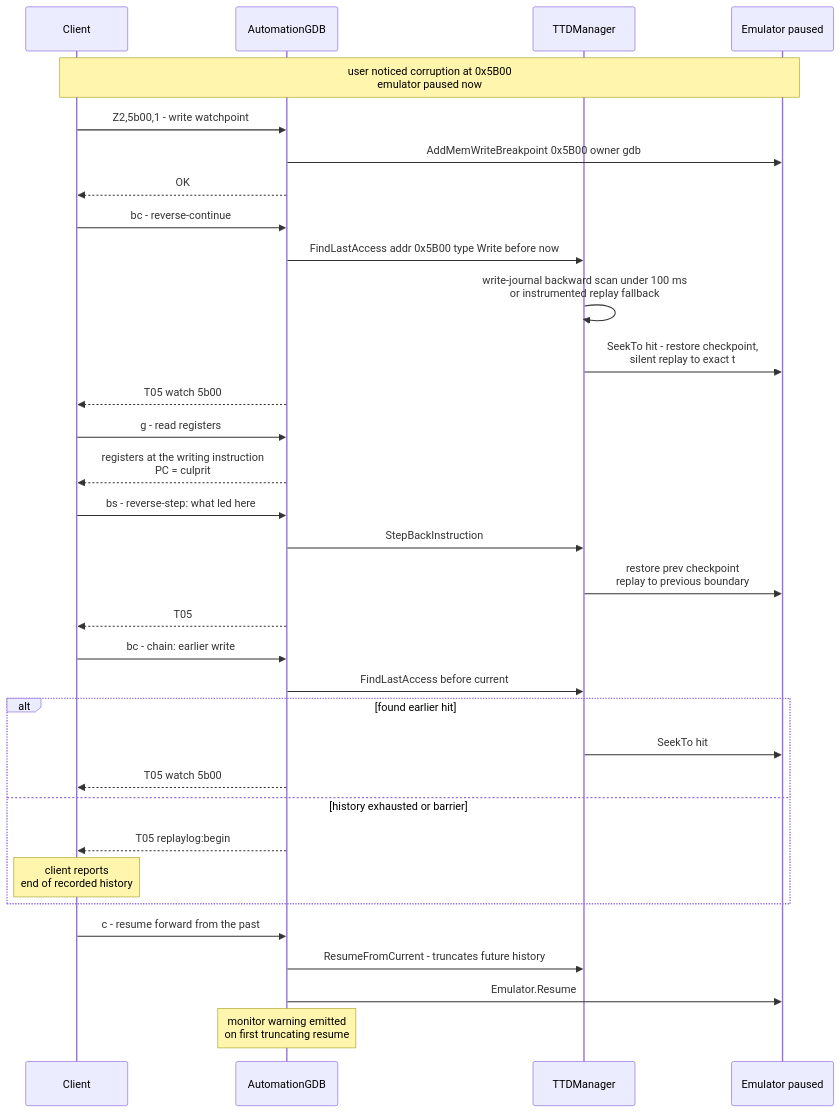
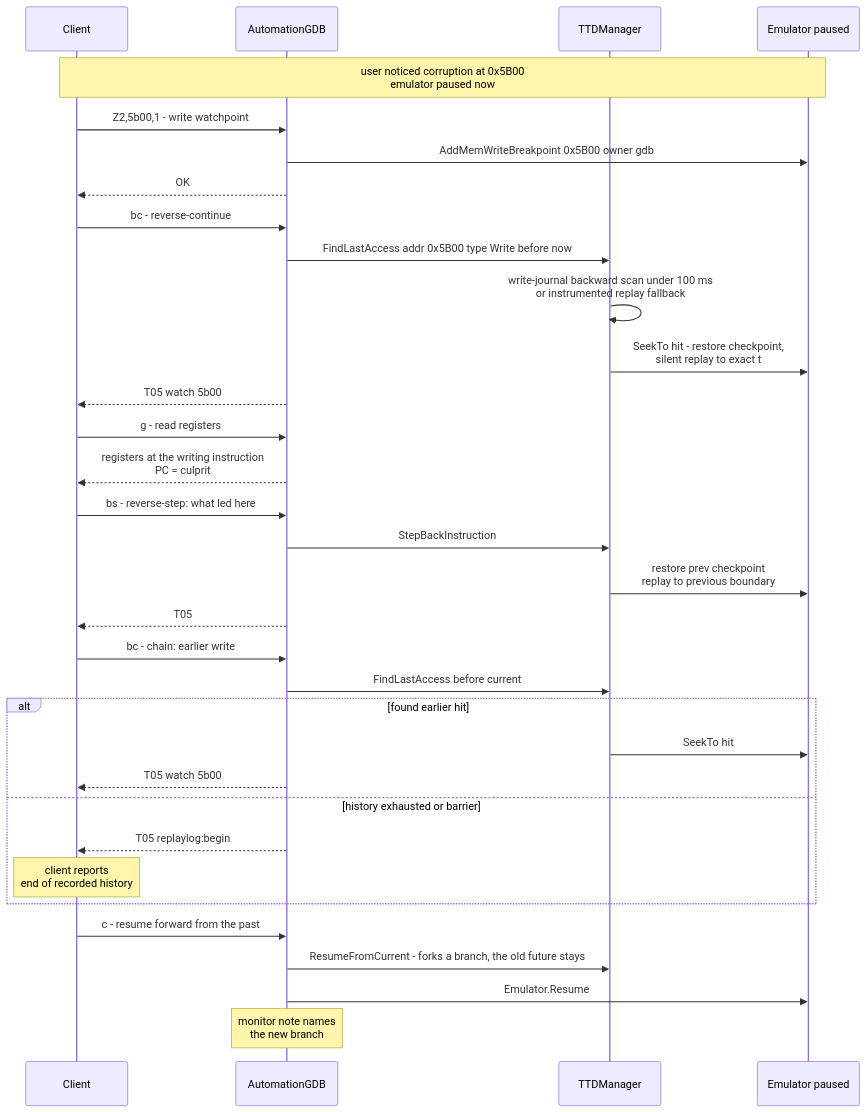
Before and after one commit to alfishe/unreal-ng: the fourth of 4 diagrams in docs/emulator/design/debugger/time-travel-debug/gdb-reverse-debugging-tdd.md, drawn with Mermaid. The commit also changed other lines of this file and 34 other files, not shown here.

First line of the commit message:
docs(ttd): branches P8: texts say a resume or an edit in the past forks a branch

````diff
--- a/docs/emulator/design/debugger/time-travel-debug/gdb-reverse-debugging-tdd.md
+++ b/docs/emulator/design/debugger/time-travel-debug/gdb-reverse-debugging-tdd.md
@@ -531,36 +531,36 @@
 ```mermaid
 sequenceDiagram
     participant C as Client
     participant S as AutomationGDB
     participant T as TTDManager
     participant E as Emulator paused
 
     Note over C,E: user noticed corruption at 0x5B00<br/>emulator paused now
     C->>S: Z2,5b00,1 - write watchpoint
     S->>E: AddMemWriteBreakpoint 0x5B00 owner gdb
     S-->>C: OK
     C->>S: bc - reverse-continue
     S->>T: FindLastAccess addr 0x5B00 type Write before now
     T->>T: write-journal backward scan under 100 ms<br/>or instrumented replay fallback
     T->>E: SeekTo hit - restore checkpoint,<br/>silent replay to exact t
     S-->>C: T05 watch 5b00
     C->>S: g - read registers
     S-->>C: registers at the writing instruction<br/>PC = culprit
     C->>S: bs - reverse-step: what led here
     S->>T: StepBackInstruction
     T->>E: restore prev checkpoint<br/>replay to previous boundary
     S-->>C: T05
     C->>S: bc - chain: earlier write
     S->>T: FindLastAccess before current
     alt found earlier hit
         T->>E: SeekTo hit
         S-->>C: T05 watch 5b00
     else history exhausted or barrier
         S-->>C: T05 replaylog:begin
         Note over C: client reports<br/>end of recorded history
     end
     C->>S: c - resume forward from the past
-    S->>T: ResumeFromCurrent - truncates future history
+    S->>T: ResumeFromCurrent - forks a branch, the old future stays
     S->>E: Emulator.Resume
-    Note over S: monitor warning emitted<br/>on first truncating resume
+    Note over S: monitor note names<br/>the new branch
 ```
````
